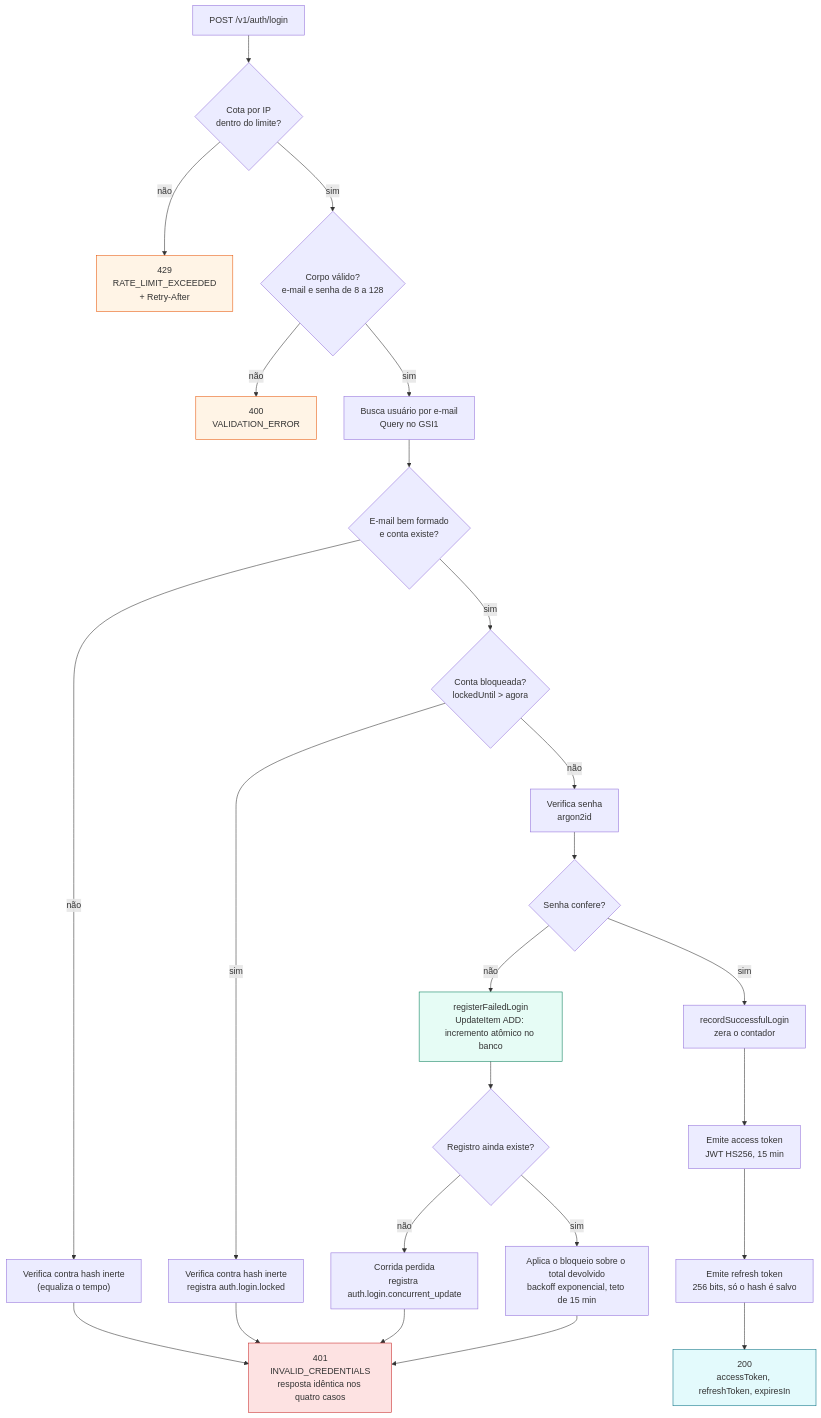
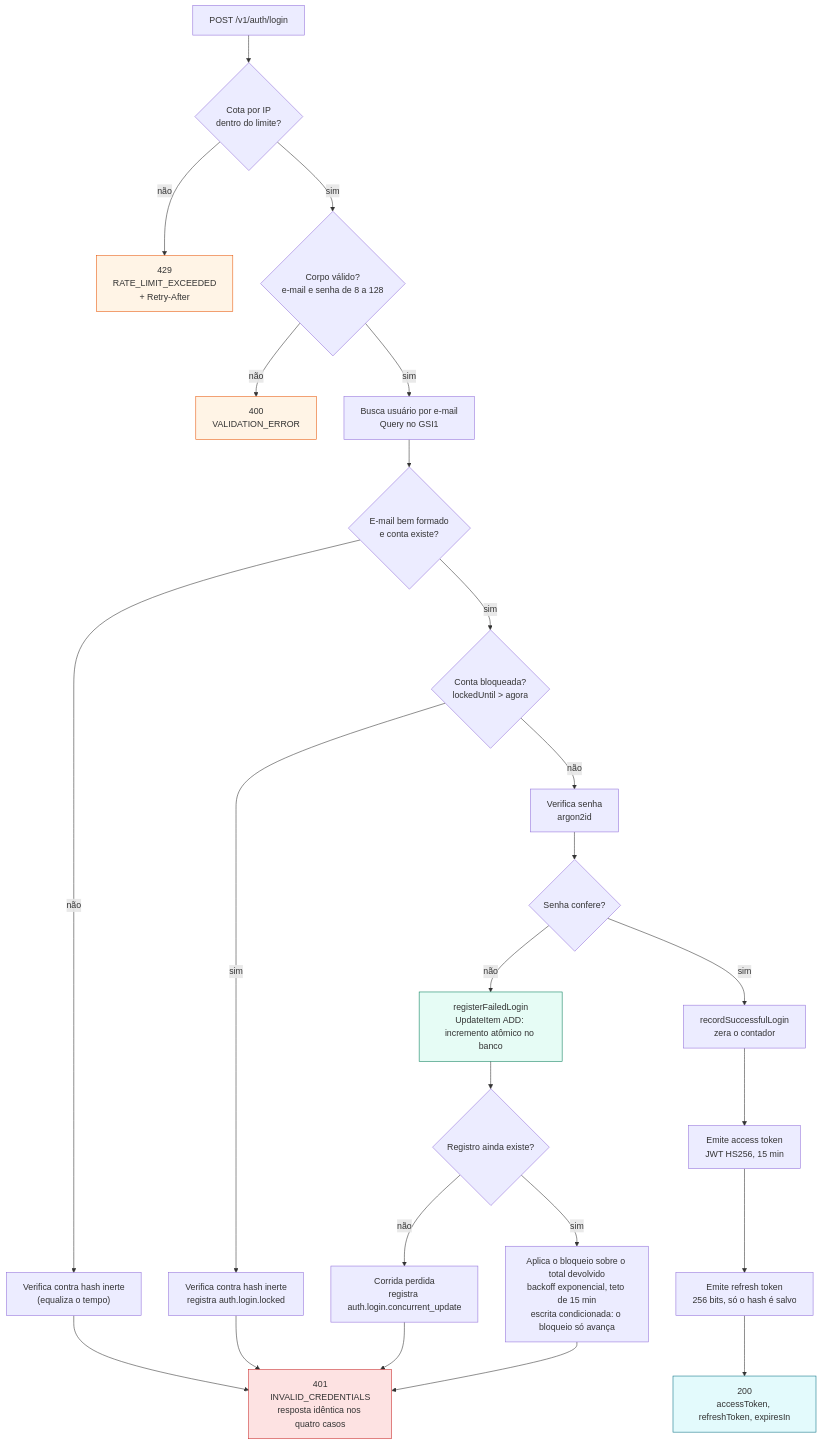
Before and after one commit to Eduardobl123/ton-swe-challenge-eduardo: the diagram in docs/diagrams/01-login.md, drawn with Mermaid. The commit also changed other lines of this file and 2 other files, not shown here.

First line of the commit message:
docs: conclui a #12 e alinha diagrama e checklist ao código

````diff
--- a/docs/diagrams/01-login.md
+++ b/docs/diagrams/01-login.md
@@ -20,39 +22,39 @@
 ```mermaid
 flowchart TD
     A["POST /v1/auth/login"] --> B{"Cota por IP<br/>dentro do limite?"}
     B -- não --> R429["429<br/>RATE_LIMIT_EXCEEDED<br/>+ Retry-After"]
     B -- sim --> C{"Corpo válido?<br/>e-mail e senha de 8 a 128"}
     C -- não --> R400["400<br/>VALIDATION_ERROR"]
     C -- sim --> D["Busca usuário por e-mail<br/>Query no GSI1"]
 
     D --> E{"E-mail bem formado<br/>e conta existe?"}
     E -- não --> F["Verifica contra hash inerte<br/>(equaliza o tempo)"]
     F --> R401
 
     E -- sim --> G{"Conta bloqueada?<br/>lockedUntil > agora"}
     G -- sim --> H["Verifica contra hash inerte<br/>registra auth.login.locked"]
     H --> R401
 
     G -- não --> I["Verifica senha<br/>argon2id"]
     I --> J{"Senha confere?"}
 
     J -- não --> K["registerFailedLogin<br/>UpdateItem ADD: incremento atômico no banco"]
     K --> K2{"Registro ainda existe?"}
     K2 -- não --> K3["Corrida perdida<br/>registra auth.login.concurrent_update"]
     K3 --> R401
-    K2 -- sim --> K4["Aplica o bloqueio sobre o total devolvido<br/>backoff exponencial, teto de 15 min"]
+    K2 -- sim --> K4["Aplica o bloqueio sobre o total devolvido<br/>backoff exponencial, teto de 15 min<br/>escrita condicionada: o bloqueio só avança"]
     K4 --> R401
 
     J -- sim --> M["recordSuccessfulLogin<br/>zera o contador"]
     M --> N["Emite access token<br/>JWT HS256, 15 min"]
     N --> O["Emite refresh token<br/>256 bits, só o hash é salvo"]
     O --> R200["200<br/>accessToken, refreshToken, expiresIn"]
 
     R401["401<br/>INVALID_CREDENTIALS<br/>resposta idêntica nos quatro casos"]
 
     style K fill:#e6fcf5,stroke:#087f5b
     style R401 fill:#fde2e2,stroke:#c92a2a
     style R200 fill:#e3fafc,stroke:#0b7285
     style R429 fill:#fff4e6,stroke:#e8590c
     style R400 fill:#fff4e6,stroke:#e8590c
 ```
````
